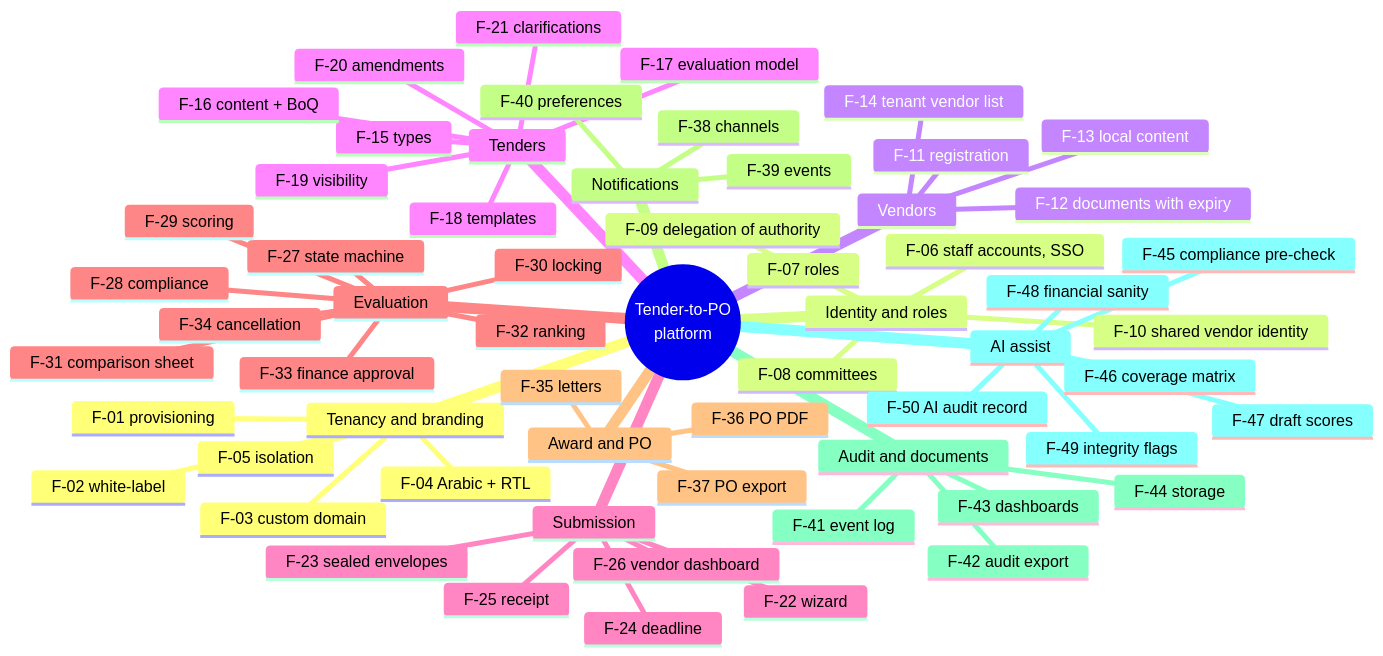
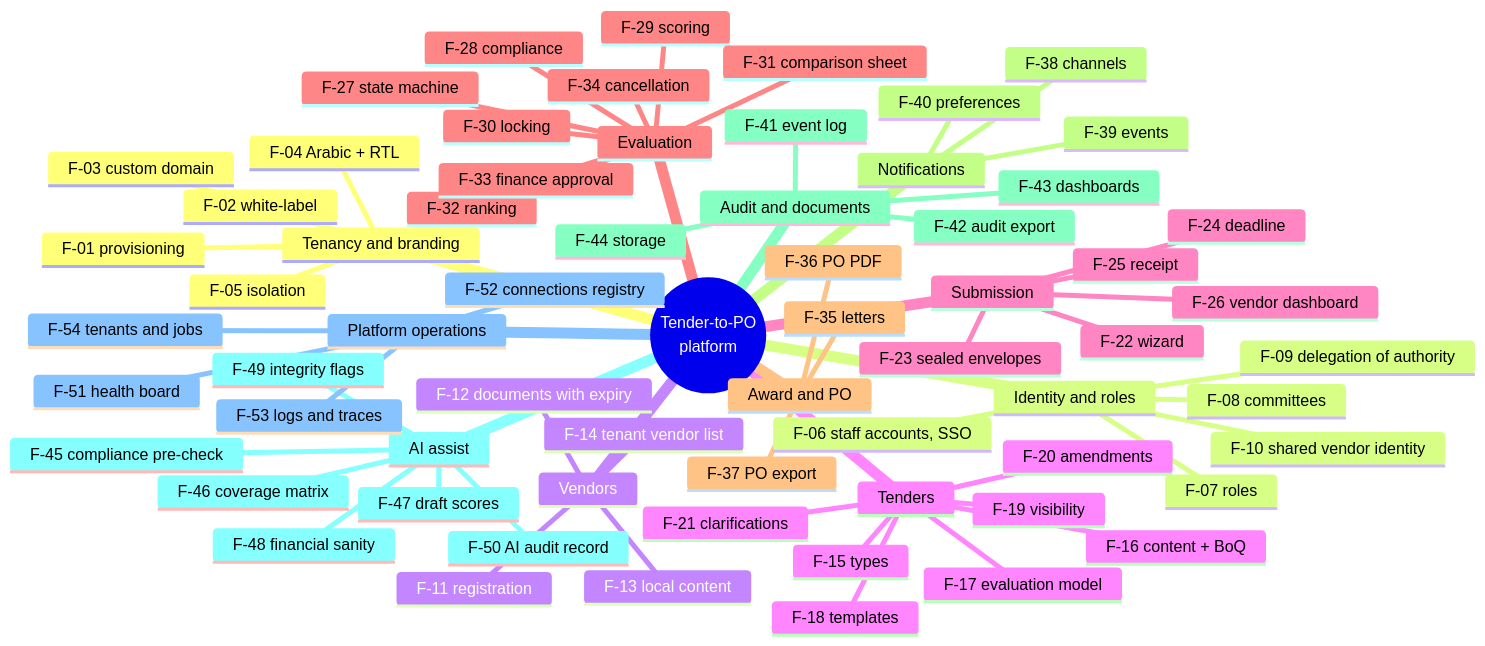
Before and after one commit to AhmedAssaf/ERP: diagram 13 of 13 in docs/03-diagrams.md, drawn with Mermaid. The commit also changed 3 other files, not shown here.

First line of the commit message:
Add platform operations console (F-51 to F-54) and secrets rule N-10

````diff
--- a/docs/03-diagrams.md
+++ b/docs/03-diagrams.md
@@ -484,64 +484,69 @@
 ```mermaid
 mindmap
   root((Tender-to-PO<br/>platform))
     Tenancy and branding
       F-01 provisioning
       F-02 white-label
       F-03 custom domain
       F-04 Arabic + RTL
       F-05 isolation
     Identity and roles
       F-06 staff accounts, SSO
       F-07 roles
       F-08 committees
       F-09 delegation of authority
       F-10 shared vendor identity
     Vendors
       F-11 registration
       F-12 documents with expiry
       F-13 local content
       F-14 tenant vendor list
     Tenders
       F-15 types
       F-16 content + BoQ
       F-17 evaluation model
       F-18 templates
       F-19 visibility
       F-20 amendments
       F-21 clarifications
     Submission
       F-22 wizard
       F-23 sealed envelopes
       F-24 deadline
       F-25 receipt
       F-26 vendor dashboard
     Evaluation
       F-27 state machine
       F-28 compliance
       F-29 scoring
       F-30 locking
       F-31 comparison sheet
       F-32 ranking
       F-33 finance approval
       F-34 cancellation
     Award and PO
       F-35 letters
       F-36 PO PDF
       F-37 PO export
     Notifications
       F-38 channels
       F-39 events
       F-40 preferences
     Audit and documents
       F-41 event log
       F-42 audit export
       F-43 dashboards
       F-44 storage
     AI assist
       F-45 compliance pre-check
       F-46 coverage matrix
       F-47 draft scores
       F-48 financial sanity
       F-49 integrity flags
       F-50 AI audit record
+    Platform operations
+      F-51 health board
+      F-52 connections registry
+      F-53 logs and traces
+      F-54 tenants and jobs
 ```
````
